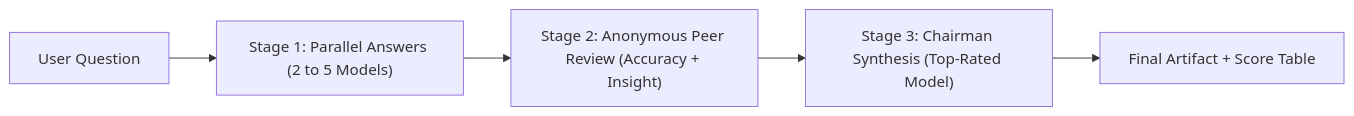
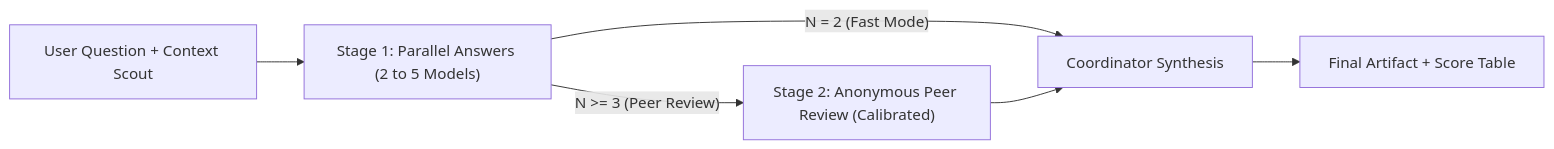
The first of 2 diagrams in README.md (kdvlr/agy-council), drawn with Mermaid before and after one commit. The commit also changed other lines of this file and 4 other files, not shown here.

Commit message:
fix: Fast 2-seat Council, Coordinator synthesis, barrier pings, decoupled Consensus files, and recovery

````diff
--- a/README.md
+++ b/README.md
@@ -35,7 +36,8 @@
 ```mermaid
 flowchart LR
-    Q["User Question"] --> S1["Stage 1: Parallel Answers (2 to 5 Models)"]
-    S1 --> S2["Stage 2: Anonymous Peer Review (Accuracy + Insight)"]
-    S2 --> S3["Stage 3: Chairman Synthesis (Top-Rated Model)"]
+    Q["User Question + Context Scout"] --> S1["Stage 1: Parallel Answers (2 to 5 Models)"]
+    S1 -->|"N = 2 (Fast Mode)"| S3["Coordinator Synthesis"]
+    S1 -->|"N >= 3 (Peer Review)"| S2["Stage 2: Anonymous Peer Review (Calibrated)"]
+    S2 --> S3
     S3 --> A["Final Artifact + Score Table"]
 ```
````
